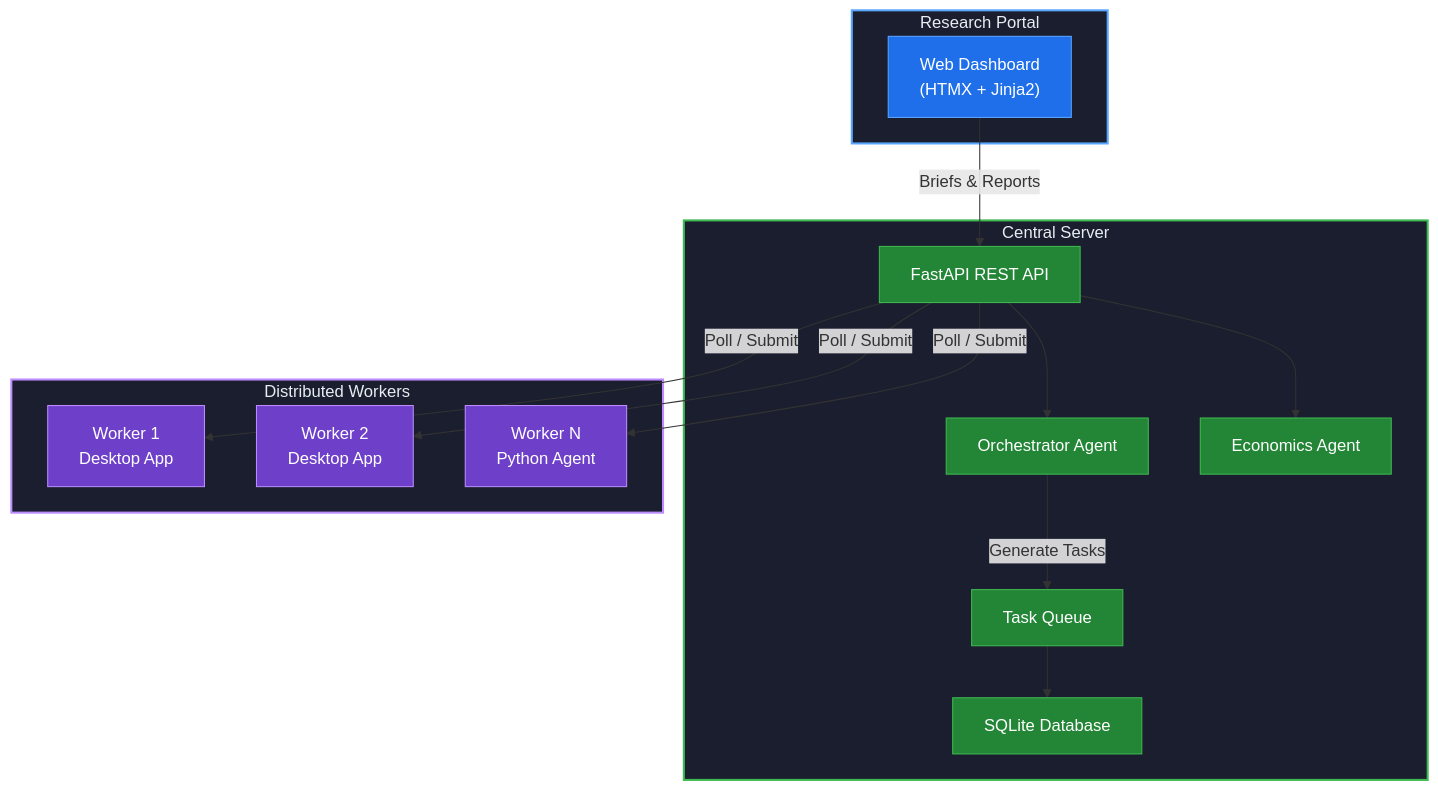
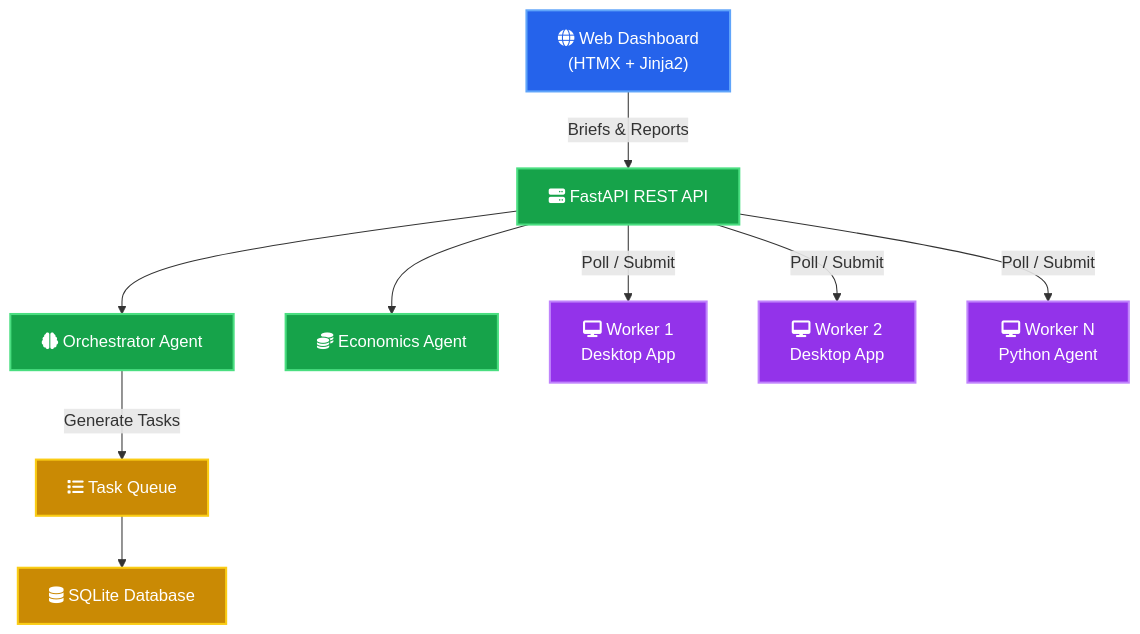
One commit to xeeva/XeeNet changed the first of 2 diagrams in docs/architecture.md. Above: the diagram before and after it, drawn with Mermaid. The commit also changed other lines of this file and 5 other files, not shown here.

First line of the commit message:
Fix Mermaid diagram contrast and code block rendering

```diff
--- a/docs/architecture.md
+++ b/docs/architecture.md
@@ -21,42 +21,33 @@
   <div class="mermaid">
   graph TB
-    subgraph Portal["Research Portal"]
-      WEB["Web Dashboard<br/>(HTMX + Jinja2)"]
-    end
+    WEB["fa:fa-globe Web Dashboard<br/>(HTMX + Jinja2)"]
 
-    subgraph Server["Central Server"]
-      API["FastAPI REST API"]
-      ORC["Orchestrator Agent"]
-      ECON["Economics Agent"]
-      QUEUE["Task Queue"]
-      DB["SQLite Database"]
-    end
+    API["fa:fa-server FastAPI REST API"]
+    ORC["fa:fa-brain Orchestrator Agent"]
+    ECON["fa:fa-coins Economics Agent"]
+    QUEUE["fa:fa-list Task Queue"]
+    DB["fa:fa-database SQLite Database"]
 
-    subgraph Workers["Distributed Workers"]
-      W1["Worker 1<br/>Desktop App"]
-      W2["Worker 2<br/>Desktop App"]
-      W3["Worker N<br/>Python Agent"]
-    end
+    W1["fa:fa-desktop Worker 1<br/>Desktop App"]
+    W2["fa:fa-desktop Worker 2<br/>Desktop App"]
+    W3["fa:fa-desktop Worker N<br/>Python Agent"]
 
     WEB -->|"Briefs & Reports"| API
     API --> ORC
     API --> ECON
     ORC -->|"Generate Tasks"| QUEUE
     QUEUE --> DB
     API -->|"Poll / Submit"| W1
     API -->|"Poll / Submit"| W2
     API -->|"Poll / Submit"| W3
 
-    style Portal fill:#1a1e2e,stroke:#58a6ff,stroke-width:2px,color:#e6edf3
-    style Server fill:#1a1e2e,stroke:#3fb950,stroke-width:2px,color:#e6edf3
-    style Workers fill:#1a1e2e,stroke:#bc8cff,stroke-width:2px,color:#e6edf3
-    style WEB fill:#1f6feb,stroke:#58a6ff,color:#fff
-    style API fill:#238636,stroke:#3fb950,color:#fff
-    style ORC fill:#238636,stroke:#3fb950,color:#fff
-    style ECON fill:#238636,stroke:#3fb950,color:#fff
-    style QUEUE fill:#238636,stroke:#3fb950,color:#fff
-    style DB fill:#238636,stroke:#3fb950,color:#fff
-    style W1 fill:#6e40c9,stroke:#bc8cff,color:#fff
-    style W2 fill:#6e40c9,stroke:#bc8cff,color:#fff
-    style W3 fill:#6e40c9,stroke:#bc8cff,color:#fff
+    style WEB fill:#2563eb,stroke:#60a5fa,stroke-width:2px,color:#fff
+    style API fill:#16a34a,stroke:#4ade80,stroke-width:2px,color:#fff
+    style ORC fill:#16a34a,stroke:#4ade80,stroke-width:2px,color:#fff
+    style ECON fill:#16a34a,stroke:#4ade80,stroke-width:2px,color:#fff
+    style QUEUE fill:#ca8a04,stroke:#facc15,stroke-width:2px,color:#fff
+    style DB fill:#ca8a04,stroke:#facc15,stroke-width:2px,color:#fff
+    style W1 fill:#9333ea,stroke:#c084fc,stroke-width:2px,color:#fff
+    style W2 fill:#9333ea,stroke:#c084fc,stroke-width:2px,color:#fff
+    style W3 fill:#9333ea,stroke:#c084fc,stroke-width:2px,color:#fff
   </div>
```
